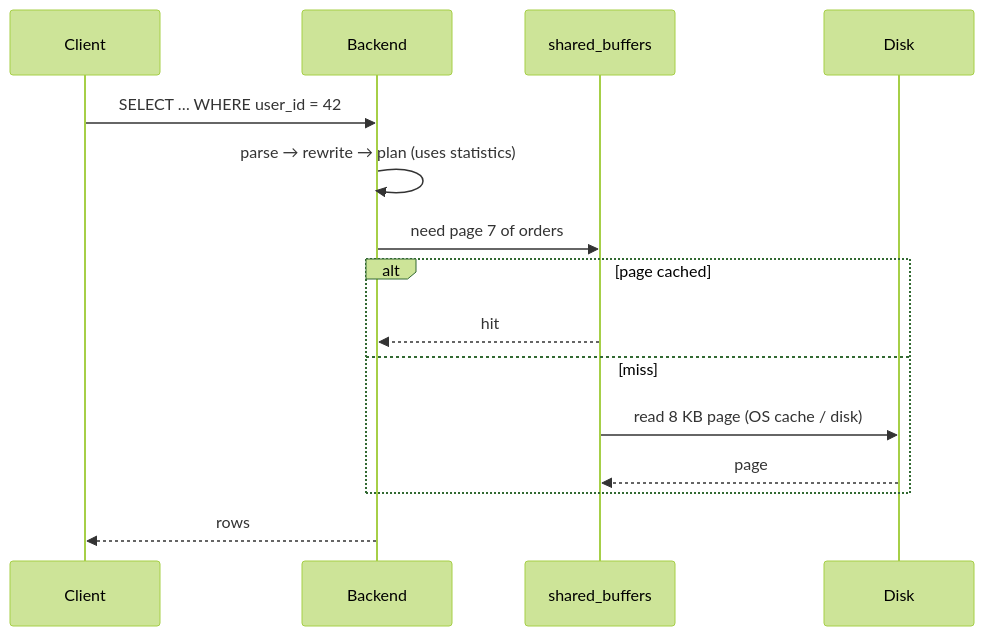
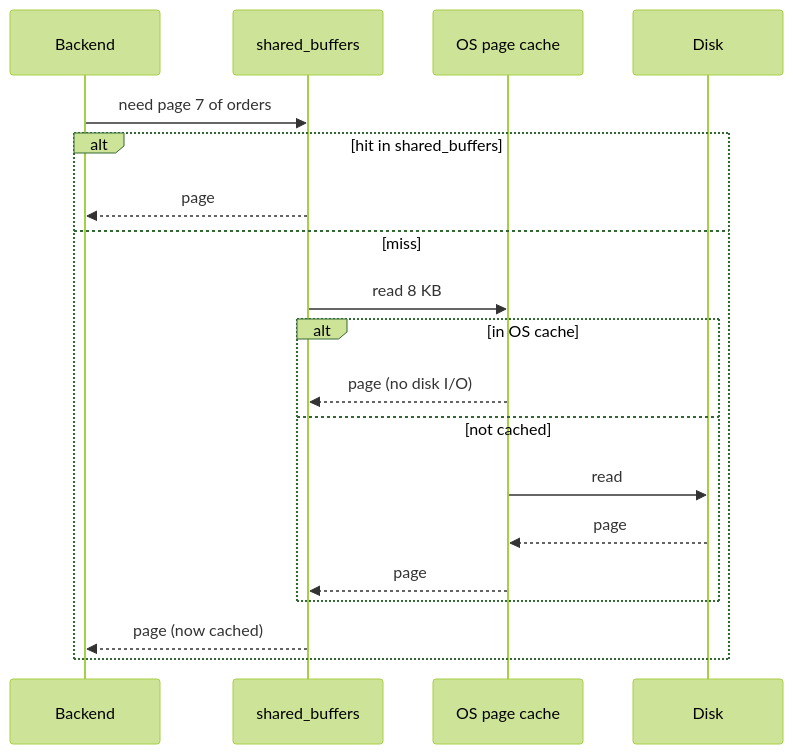
The seventh of 9 diagrams in Doc/00-introduction/03-architecture.md (wesamkhateeb98-creator/postgresql-zero-to-hero), drawn with Mermaid (forest theme) before and after one commit. The commit also changed other lines of this file and 33 other files, not shown here.

First line of the commit message:
Add PL/pgSQL phase, rework architecture/storage/CRUD docs

````diff
--- a/Doc/00-introduction/03-architecture.md
+++ b/Doc/00-introduction/03-architecture.md
@@ -48,17 +158,21 @@
 ```mermaid
 sequenceDiagram
-    participant C as Client
     participant B as Backend
     participant SB as shared_buffers
+    participant OS as OS page cache
     participant D as Disk
-    C->>B: SELECT … WHERE user_id = 42
-    B->>B: parse → rewrite → plan (uses statistics)
     B->>SB: need page 7 of orders
-    alt page cached
-        SB-->>B: hit
+    alt hit in shared_buffers
+        SB-->>B: page
     else miss
-        SB->>D: read 8 KB page (OS cache / disk)
-        D-->>SB: page
+        SB->>OS: read 8 KB
+        alt in OS cache
+            OS-->>SB: page (no disk I/O)
+        else not cached
+            OS->>D: read
+            D-->>OS: page
+            OS-->>SB: page
+        end
+        SB-->>B: page (now cached)
     end
-    B-->>C: rows
 ```
````
